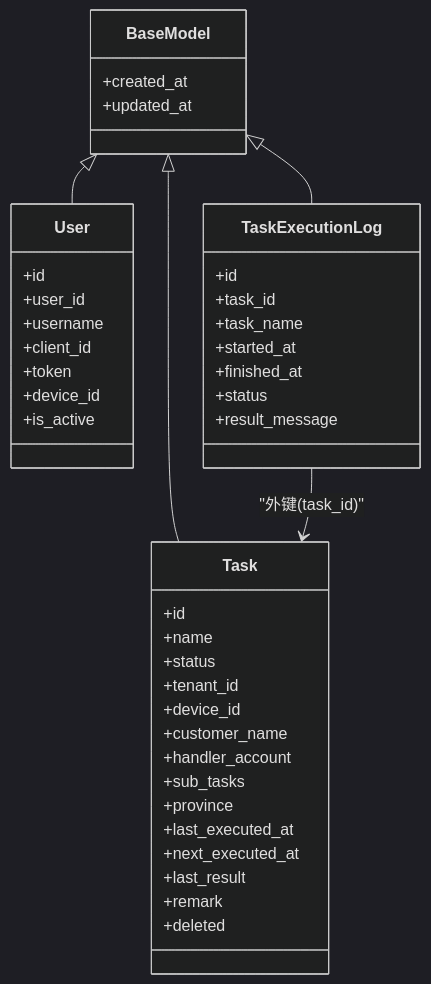
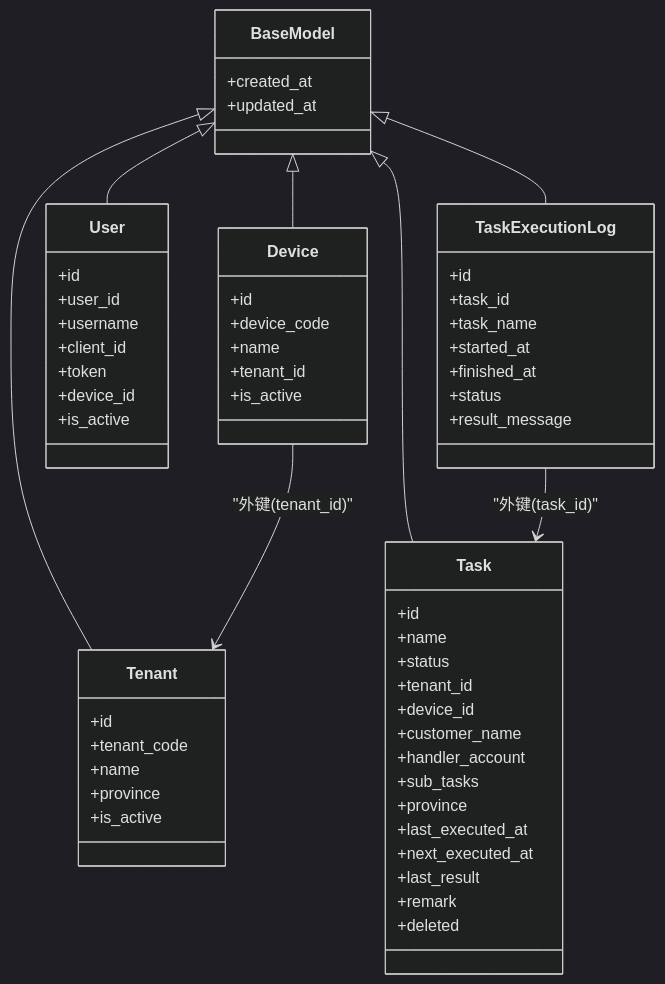
One commit to onebody/ccclubs_AI_RPA changed the third of 5 diagrams in .qoder/repowiki/zh/content/数据持久化/数据模型与访问.md. Above: the diagram before and after it, drawn with Mermaid (dark theme). The commit also changed other lines of this file and 16 other files, not shown here.

````diff
--- a/.qoder/repowiki/zh/content/数据持久化/数据模型与访问.md
+++ b/.qoder/repowiki/zh/content/数据持久化/数据模型与访问.md
@@ -160,45 +161,62 @@
 ```mermaid
 classDiagram
 class BaseModel {
 +created_at
 +updated_at
+}
+class Tenant {
++id
++tenant_code
++name
++province
++is_active
+}
+class Device {
++id
++device_code
++name
++tenant_id
++is_active
 }
 class User {
 +id
 +user_id
 +username
 +client_id
 +token
 +device_id
 +is_active
 }
 class Task {
 +id
 +name
 +status
 +tenant_id
 +device_id
 +customer_name
 +handler_account
 +sub_tasks
 +province
 +last_executed_at
 +next_executed_at
 +last_result
 +remark
 +deleted
 }
 class TaskExecutionLog {
 +id
 +task_id
 +task_name
 +started_at
 +finished_at
 +status
 +result_message
 }
+BaseModel <|-- Tenant
+BaseModel <|-- Device
 BaseModel <|-- User
 BaseModel <|-- Task
 BaseModel <|-- TaskExecutionLog
+Device --> Tenant : "外键(tenant_id)"
 TaskExecutionLog --> Task : "外键(task_id)"
 ```
````
